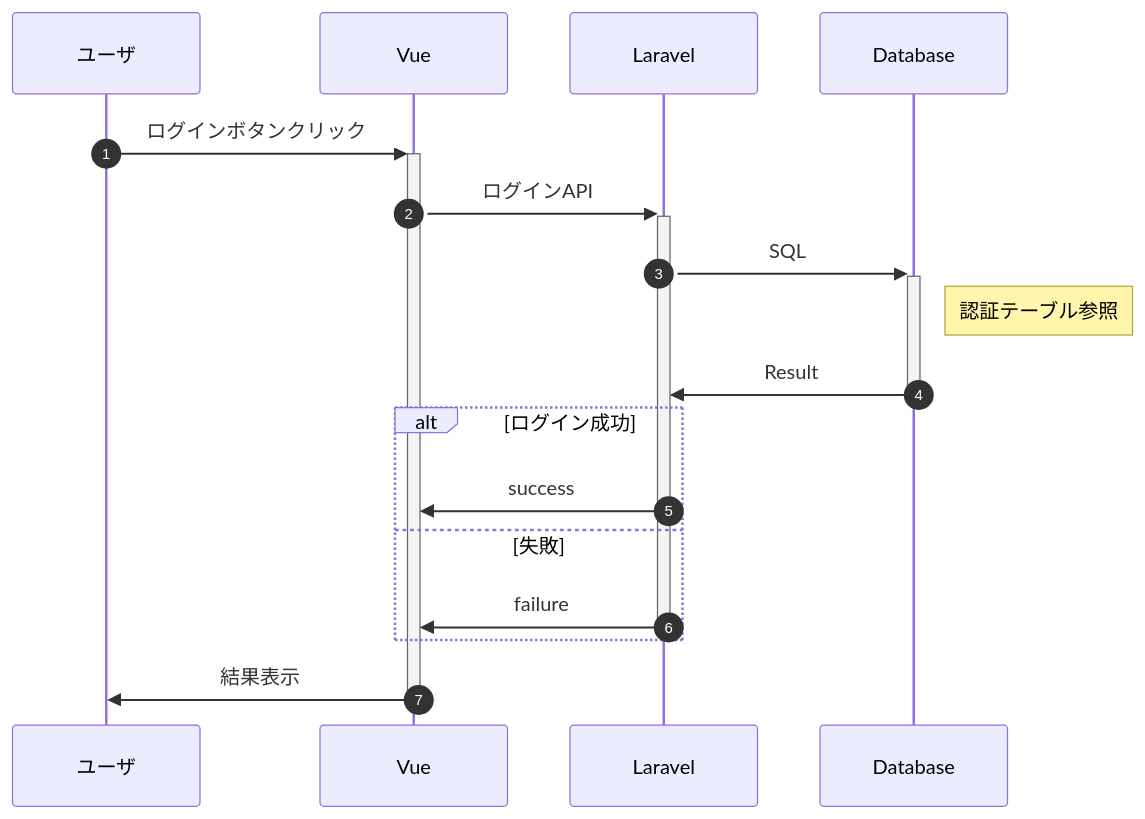
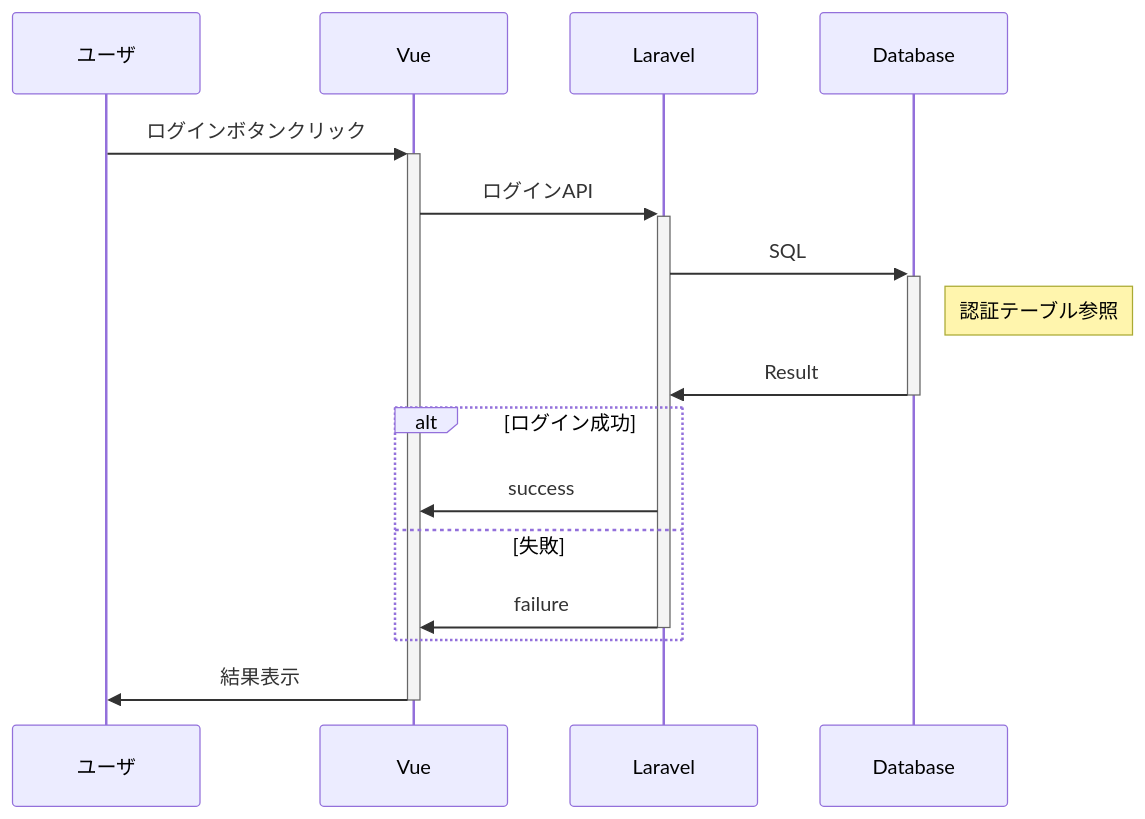
One commit to obi1111/testMd changed the diagram in docs/image_test1.md. Above: the diagram before and after it, drawn with Mermaid. The commit also changed other lines of this file and 1 other file, not shown here.

````diff
--- a/docs/image_test1.md
+++ b/docs/image_test1.md
@@ -22,16 +24,15 @@
 ```mermaid
 %%{init:{'theme':'natural'}}%%
 sequenceDiagram
-autonumber
   ユーザ    ->> +Vue         : ログインボタンクリック
   Vue      ->> +Laravel     : ログインAPI
   Laravel  ->> +Database    : SQL
     Note right of Database  : 認証テーブル参照
   Database ->> -Laravel     : Result
   alt ログイン成功
     Laravel ->> Vue         : success
   else 失敗
     Laravel ->> -Vue        : failure
   end
   Vue       ->> -ユーザ      : 結果表示
 ```
````
